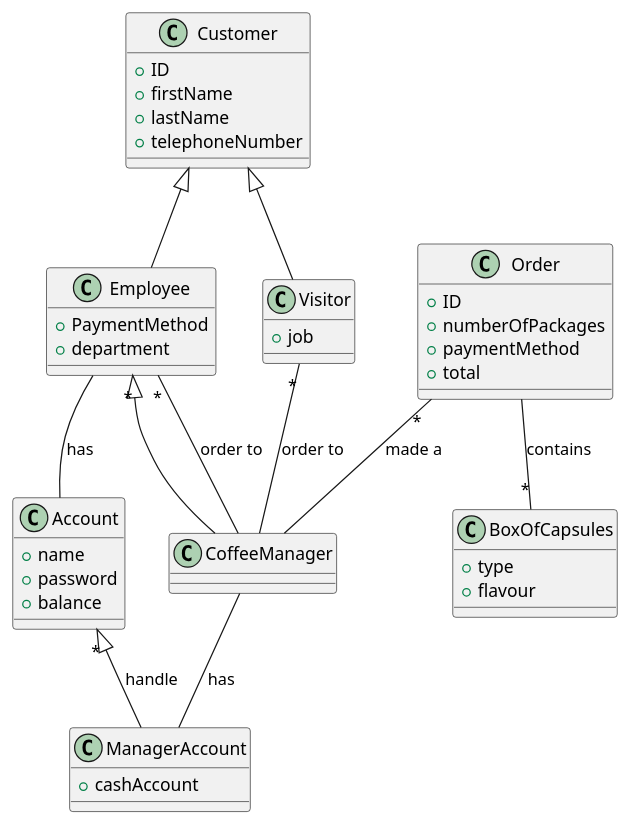
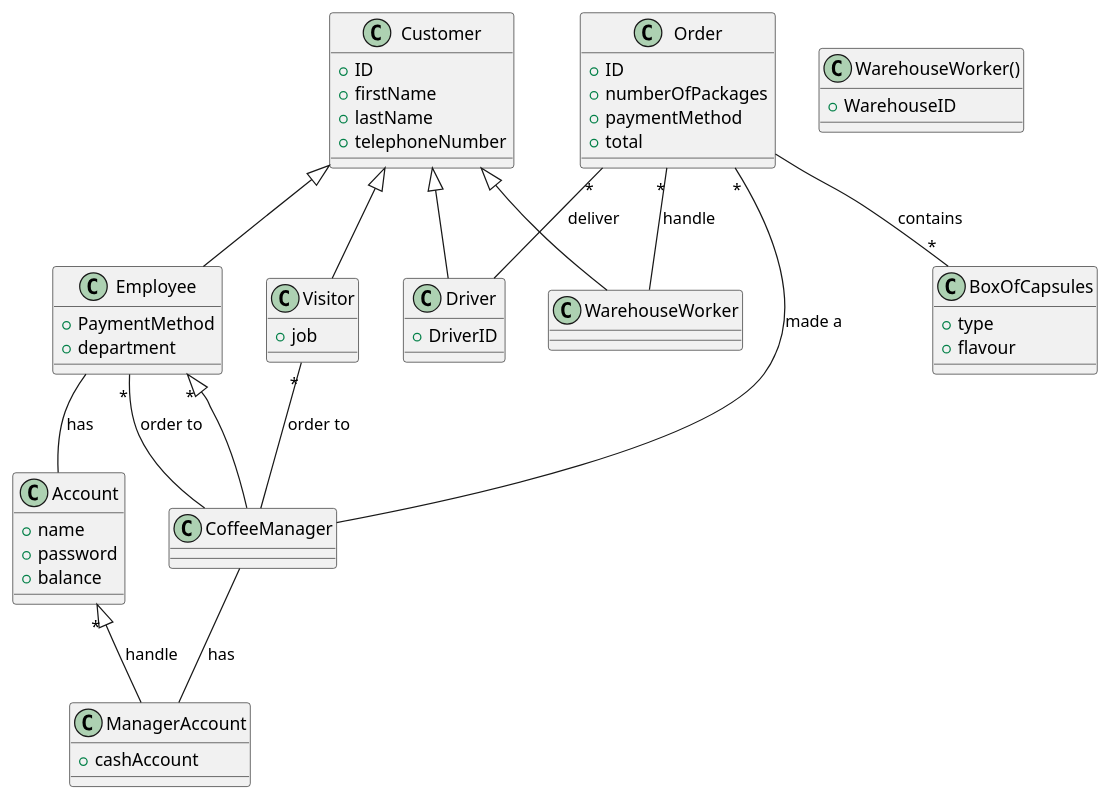
The third of 4 diagrams in templates/RequirementsTemplate.md (salvatore-dimartino/LaTazza), drawn with PlantUML before and after one commit.

````diff
--- a/templates/RequirementsTemplate.md
+++ b/templates/RequirementsTemplate.md
@@ -493,62 +493,74 @@
 ```plantuml
 @startuml
 
 class Customer {
     +ID
 	+firstName
 	+lastName
 	+telephoneNumber
 }
 
 class Employee {
     
     +PaymentMethod
     +department
+}
+
+class WarehouseWorker(){
+    +WarehouseID
 }
 
 class Visitor {
 
     +job
 }
 
 class CoffeeManager {
 
 }
 
 class BoxOfCapsules {
 
 	+type
 	+flavour
 }
 
 class Account {
 
 	+name
 	+password
 	+balance
 }
 
 class Order {
 
 	+ID
 	+numberOfPackages
 	+paymentMethod
 	+total
 }
 
 class ManagerAccount {
     +cashAccount
 }
 
+class Driver {
+    +DriverID
+}
+
+Order "*" -- WarehouseWorker :handle
+Order "*" -- Driver :deliver
 Customer <|-- Employee
 Customer <|-- Visitor
+Customer <|-- Driver
+Customer <|-- WarehouseWorker
 Account "*" <|-- ManagerAccount :handle
 Employee "*" <|-- CoffeeManager
 Employee "*"-- CoffeeManager : order to
 Order "*" -- CoffeeManager : made a
 Visitor "*" -- CoffeeManager : order to
 Order -- "*" BoxOfCapsules : contains
 Employee -- Account : has
 CoffeeManager -- ManagerAccount :has
 @enduml
 ```
````
